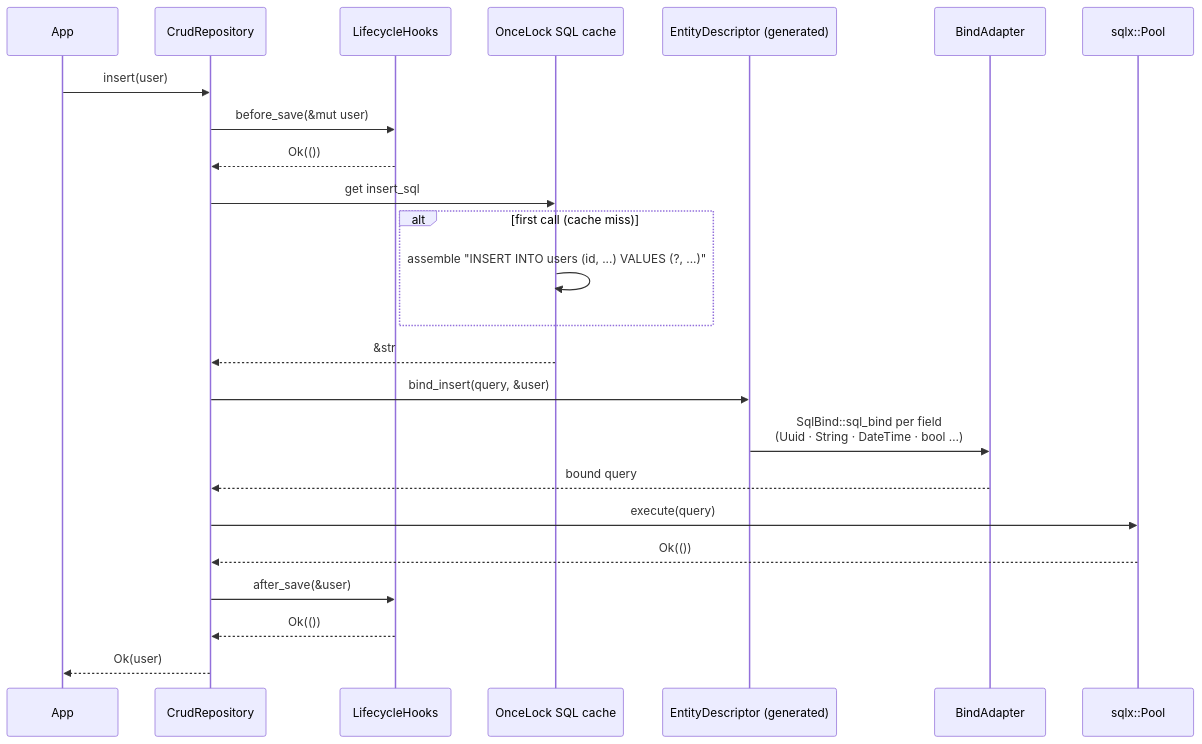
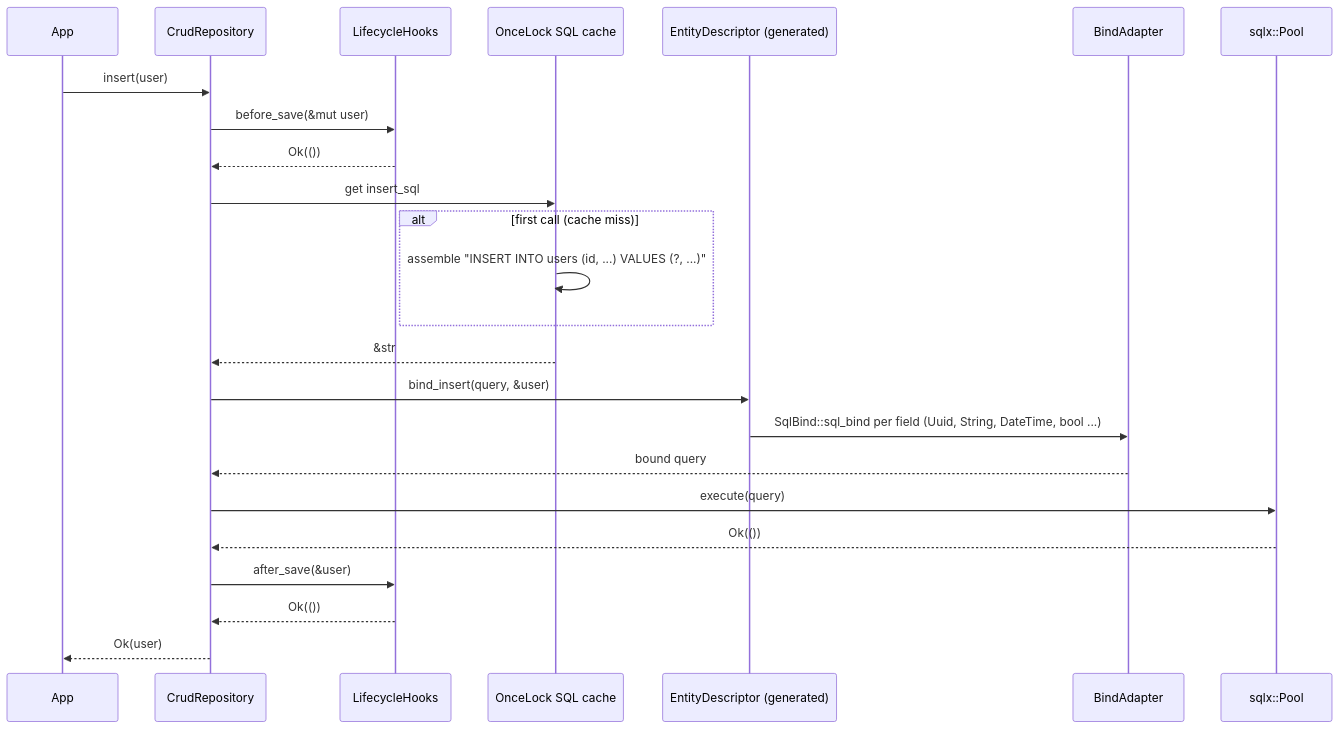
Diagram 15 of 16 in ARCHITECTURE.md (hugomf/rustdata), drawn with Mermaid before and after one commit. The commit also changed other lines of this file, not shown here.

Commit message:
fix flow diagram

````diff
--- a/ARCHITECTURE.md
+++ b/ARCHITECTURE.md
@@ -495,33 +495,33 @@
 ```mermaid
 sequenceDiagram
     participant App
     participant Repo    as CrudRepository
     participant Hooks   as LifecycleHooks
     participant Cache   as OnceLock SQL cache
     participant Desc    as EntityDescriptor (generated)
     participant Bind    as BindAdapter
     participant Pool    as sqlx::Pool
 
     App->>Repo: insert(user)
 
     Repo->>Hooks: before_save(&mut user)
     Hooks-->>Repo: Ok(())
 
     Repo->>Cache: get insert_sql
     alt first call (cache miss)
         Cache->>Cache: assemble "INSERT INTO users (id, ...) VALUES (?, ...)"
     end
     Cache-->>Repo: &str
 
     Repo->>Desc: bind_insert(query, &user)
-    Desc->>Bind: SqlBind::sql_bind per field<br/>(Uuid · String · DateTime · bool …)
+    Desc->>Bind: SqlBind::sql_bind per field (Uuid, String, DateTime, bool ...)
     Bind-->>Repo: bound query
 
     Repo->>Pool: execute(query)
     Pool-->>Repo: Ok(())
 
     Repo->>Hooks: after_save(&user)
     Hooks-->>Repo: Ok(())
 
     Repo-->>App: Ok(user)
 ```
````
